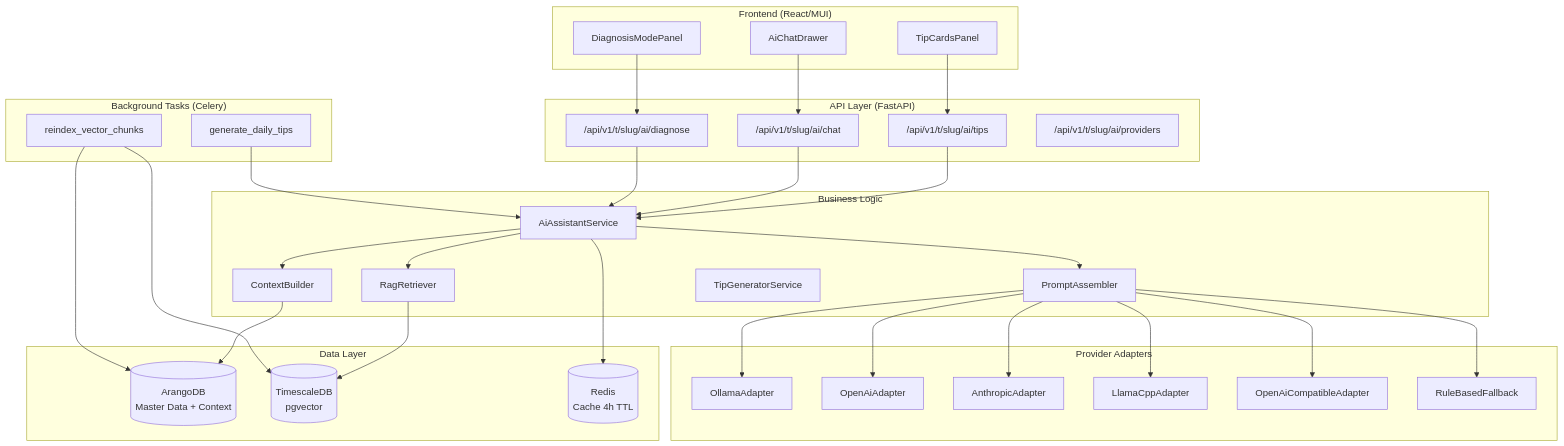
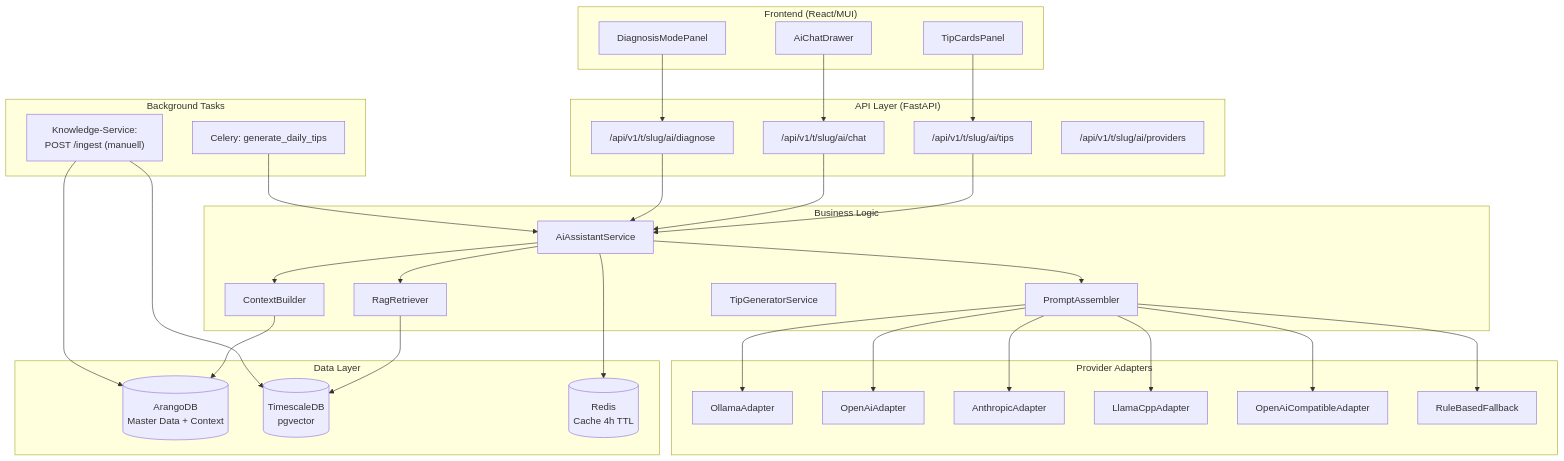
One commit to nolte/kamerplanter changed the first of 3 diagrams in docs/de/architecture/ai-architecture.md. Above: the diagram before and after it, drawn with Mermaid. The commit also changed other lines of this file and 48 other files, not shown here.

````diff
--- a/docs/de/architecture/ai-architecture.md
+++ b/docs/de/architecture/ai-architecture.md
@@ -10,70 +10,70 @@
 ```mermaid
 flowchart TB
     subgraph "Frontend (React/MUI)"
         TC[TipCardsPanel]
         CD[AiChatDrawer]
         DM[DiagnosisModePanel]
     end
 
     subgraph "API Layer (FastAPI)"
         AR["/api/v1/t/slug/ai/tips"]
         AC["/api/v1/t/slug/ai/chat"]
         AD["/api/v1/t/slug/ai/diagnose"]
         APC["/api/v1/t/slug/ai/providers"]
     end
 
     subgraph "Business Logic"
         AAS[AiAssistantService]
         CB[ContextBuilder]
         RR[RagRetriever]
         PA[PromptAssembler]
         TG[TipGeneratorService]
     end
 
     subgraph "Provider Adapters"
         OA[OllamaAdapter]
         OAI[OpenAiAdapter]
         ANT[AnthropicAdapter]
         LC[LlamaCppAdapter]
         OC[OpenAiCompatibleAdapter]
         FB[RuleBasedFallback]
     end
 
     subgraph "Data Layer"
         ARD[(ArangoDB<br/>Master Data + Context)]
         TS[(TimescaleDB<br/>pgvector)]
         RD[(Redis<br/>Cache 4h TTL)]
     end
 
-    subgraph "Background Tasks (Celery)"
-        GDT[generate_daily_tips]
-        RVC[reindex_vector_chunks]
+    subgraph "Background Tasks"
+        GDT[Celery: generate_daily_tips]
+        RVC["Knowledge-Service:<br/>POST /ingest (manuell)"]
     end
 
     TC --> AR
     CD --> AC
     DM --> AD
 
     AR --> AAS
     AC --> AAS
     AD --> AAS
 
     AAS --> CB
     AAS --> RR
     AAS --> PA
 
     CB --> ARD
     RR --> TS
     PA --> OA
     PA --> OAI
     PA --> ANT
     PA --> LC
     PA --> OC
     PA --> FB
 
     AAS --> RD
 
     GDT --> AAS
     RVC --> TS
     RVC --> ARD
 ```
````
